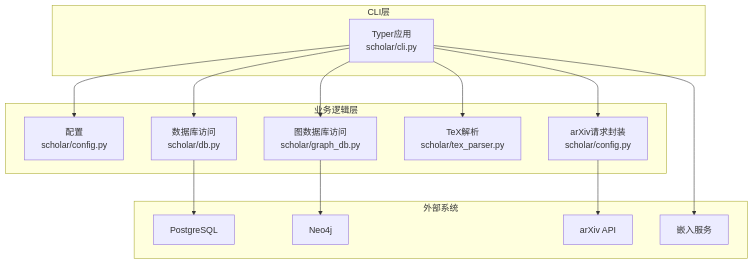
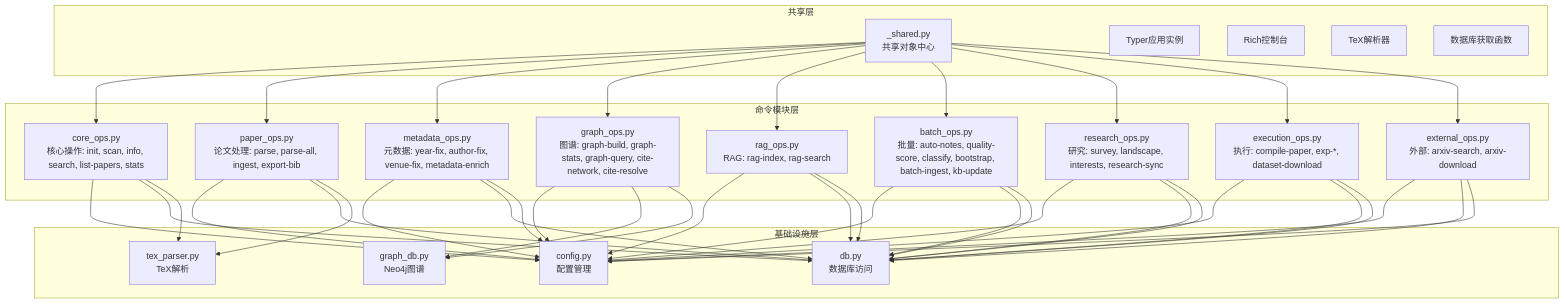
The first of 2 diagrams in .qoder/repowiki/zh/content/Python后端系统/CLI命令行接口/CLI命令行接口.md (1173591564/academic-based-qoder), drawn with Mermaid before and after one commit. The commit also changed other lines of this file and 68 other files, not shown here.

````diff
--- a/.qoder/repowiki/zh/content/Python后端系统/CLI命令行接口/CLI命令行接口.md
+++ b/.qoder/repowiki/zh/content/Python后端系统/CLI命令行接口/CLI命令行接口.md
@@ -71,28 +40,63 @@
 ```mermaid
 graph TB
-subgraph "CLI层"
-APP["Typer应用<br/>scholar/cli.py"]
+subgraph "共享层"
+SHARED["_shared.py<br/>共享对象中心"]
+APP["Typer应用实例"]
+CONSOLE["Rich控制台"]
+PARSER["TeX解析器"]
+GET_DB["数据库获取函数"]
 end
-subgraph "业务逻辑层"
-CFG["配置<br/>scholar/config.py"]
-DB["数据库访问<br/>scholar/db.py"]
-GDB["图数据库访问<br/>scholar/graph_db.py"]
-TEX["TeX解析<br/>scholar/tex_parser.py"]
-ARX["arXiv请求封装<br/>scholar/config.py"]
+subgraph "命令模块层"
+CORE["core_ops.py<br/>核心操作: init, scan, info, search, list-papers, stats"]
+PAPER["paper_ops.py<br/>论文处理: parse, parse-all, ingest, export-bib"]
+META["metadata_ops.py<br/>元数据: year-fix, author-fix, venue-fix, metadata-enrich"]
+GRAPH["graph_ops.py<br/>图谱: graph-build, graph-stats, graph-query, cite-network, cite-resolve"]
+RAG["rag_ops.py<br/>RAG: rag-index, rag-search"]
+BATCH["batch_ops.py<br/>批量: auto-notes, quality-score, classify, bootstrap, batch-ingest, kb-update"]
+RESEARCH["research_ops.py<br/>研究: survey, landscape, interests, research-sync"]
+EXEC["execution_ops.py<br/>执行: compile-paper, exp-*, dataset-download"]
+EXTERNAL["external_ops.py<br/>外部: arxiv-search, arxiv-download"]
 end
-subgraph "外部系统"
-PG["PostgreSQL"]
-NEO["Neo4j"]
-ARXSV["arXiv API"]
-EMB["嵌入服务"]
+subgraph "基础设施层"
+CONFIG["config.py<br/>配置管理"]
+DB["db.py<br/>数据库访问"]
+GDB["graph_db.py<br/>Neo4j图谱"]
+TEX["tex_parser.py<br/>TeX解析"]
 end
-APP --> CFG
-APP --> DB
-APP --> GDB
-APP --> TEX
-APP --> ARX
-DB --> PG
-GDB --> NEO
-ARX --> ARXSV
-APP --> EMB
+SHARED --> CORE
+SHARED --> PAPER
+SHARED --> META
+SHARED --> GRAPH
+SHARED --> RAG
+SHARED --> BATCH
+SHARED --> RESEARCH
+SHARED --> EXEC
+SHARED --> EXTERNAL
+CORE --> CONFIG
+PAPER --> CONFIG
+META --> CONFIG
+GRAPH --> CONFIG
+RAG --> CONFIG
+BATCH --> CONFIG
+RESEARCH --> CONFIG
+EXEC --> CONFIG
+EXTERNAL --> CONFIG
+CORE --> DB
+PAPER --> DB
+META --> DB
+GRAPH --> GDB
+RAG --> DB
+BATCH --> DB
+RESEARCH --> DB
+EXEC --> DB
+EXTERNAL --> DB
+CORE --> TEX
+PAPER --> TEX
+META --> CONFIG
+GRAPH --> GDB
+RAG --> DB
+BATCH --> DB
+RESEARCH --> DB
+EXEC --> DB
+EXTERNAL --> CONFIG
 ```
````
